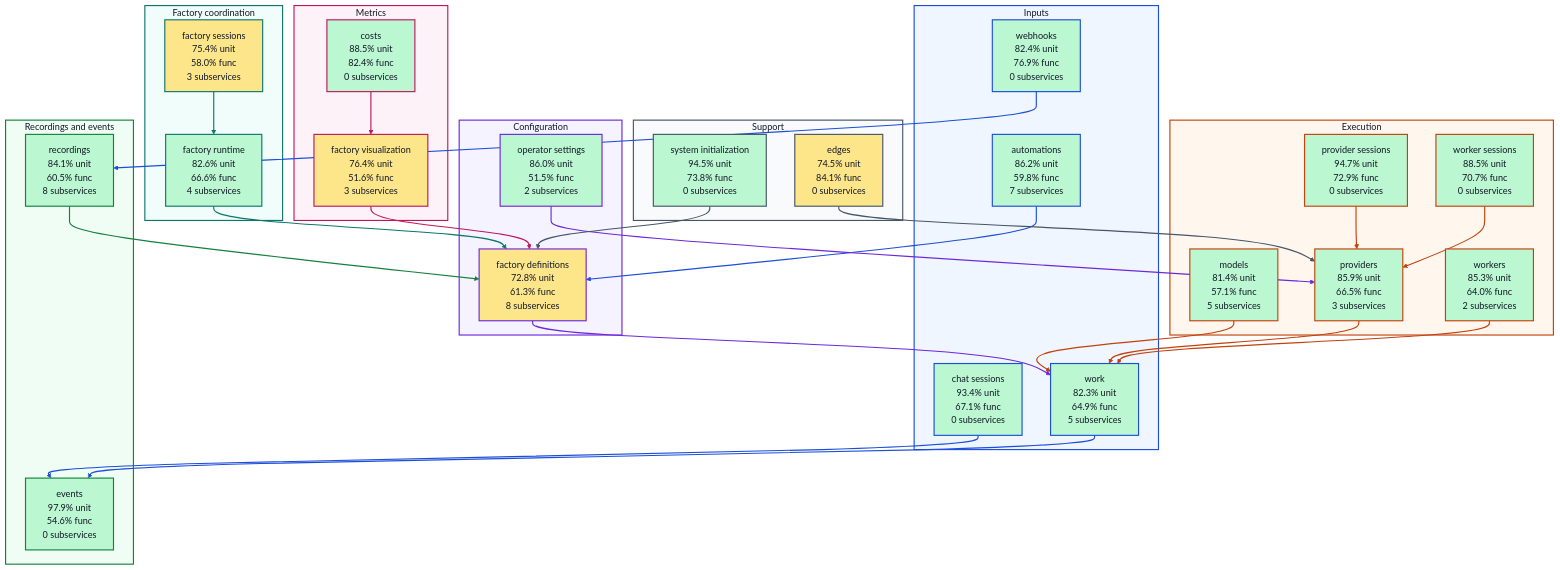
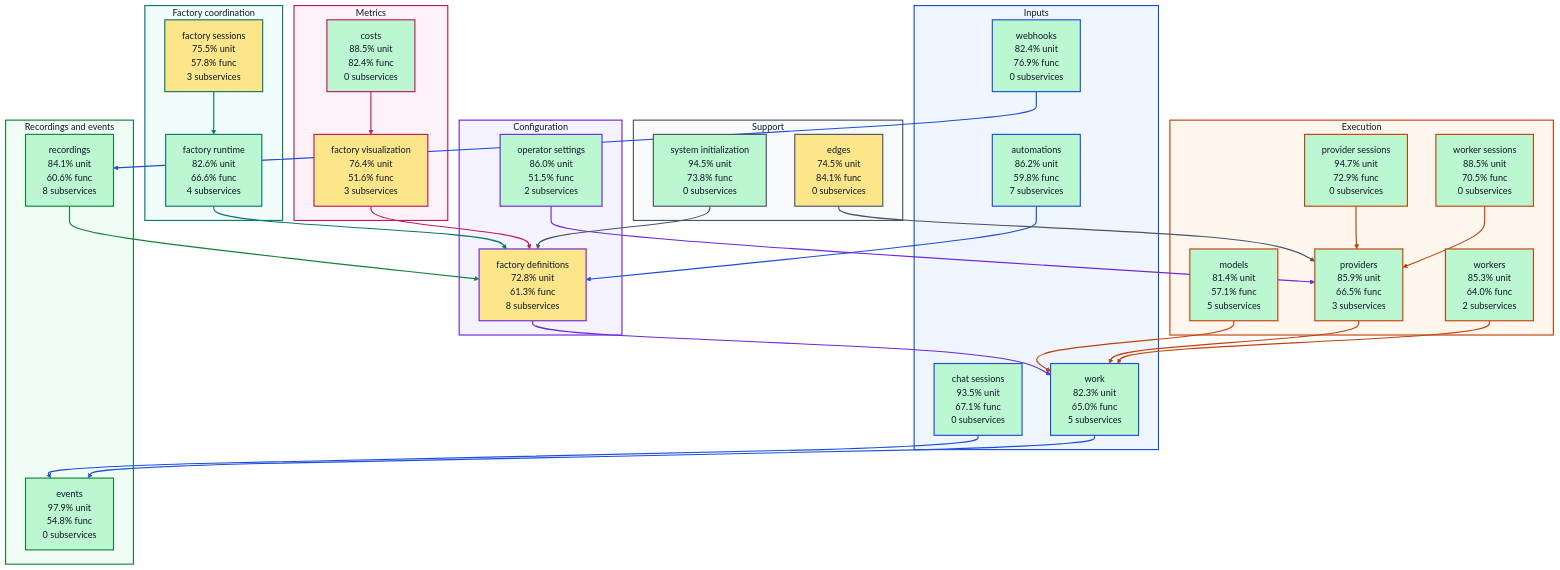
The diagram in docs/architecture/visualizations/high-level-test-coverage.md (portpowered/you-agent-factory), drawn with Mermaid before and after one commit. The commit also changed other lines of this file and 20 other files, not shown here.

Commit message:
docs: refresh backend architecture visualizations

```diff
--- a/docs/architecture/visualizations/high-level-test-coverage.md
+++ b/docs/architecture/visualizations/high-level-test-coverage.md
@@ -12,9 +12,9 @@
 flowchart TB
   subgraph input["Inputs"]
     s_services_automations["automations<br/>86.2% unit<br/>59.8% func<br/>7 subservices"]
-    s_services_chat_sessions["chat sessions<br/>93.4% unit<br/>67.1% func<br/>0 subservices"]
+    s_services_chat_sessions["chat sessions<br/>93.5% unit<br/>67.1% func<br/>0 subservices"]
     s_services_webhooks["webhooks<br/>82.4% unit<br/>76.9% func<br/>0 subservices"]
-    s_services_work["work<br/>82.3% unit<br/>64.9% func<br/>5 subservices"]
+    s_services_work["work<br/>82.3% unit<br/>65.0% func<br/>5 subservices"]
   end
   subgraph configuration["Configuration"]
     s_services_factory_definitions["factory definitions<br/>72.8% unit<br/>61.3% func<br/>8 subservices"]
@@ -22,18 +22,18 @@
   end
   subgraph coordination["Factory coordination"]
     s_services_factory_runtime["factory runtime<br/>82.6% unit<br/>66.6% func<br/>4 subservices"]
-    s_services_factory_sessions["factory sessions<br/>75.4% unit<br/>58.0% func<br/>3 subservices"]
+    s_services_factory_sessions["factory sessions<br/>75.5% unit<br/>57.8% func<br/>3 subservices"]
   end
   subgraph execution["Execution"]
     s_services_models["models<br/>81.4% unit<br/>57.1% func<br/>5 subservices"]
     s_services_provider_sessions["provider sessions<br/>94.7% unit<br/>72.9% func<br/>0 subservices"]
     s_services_providers["providers<br/>85.9% unit<br/>66.5% func<br/>3 subservices"]
-    s_services_worker_sessions["worker sessions<br/>88.5% unit<br/>70.7% func<br/>0 subservices"]
+    s_services_worker_sessions["worker sessions<br/>88.5% unit<br/>70.5% func<br/>0 subservices"]
     s_services_workers["workers<br/>85.3% unit<br/>64.0% func<br/>2 subservices"]
   end
   subgraph recordings["Recordings and events"]
-    s_services_events["events<br/>97.9% unit<br/>54.6% func<br/>0 subservices"]
-    s_services_recordings["recordings<br/>84.1% unit<br/>60.5% func<br/>8 subservices"]
+    s_services_events["events<br/>97.9% unit<br/>54.8% func<br/>0 subservices"]
+    s_services_recordings["recordings<br/>84.1% unit<br/>60.6% func<br/>8 subservices"]
   end
   subgraph metrics["Metrics"]
     s_services_costs["costs<br/>88.5% unit<br/>82.4% func<br/>0 subservices"]
```
